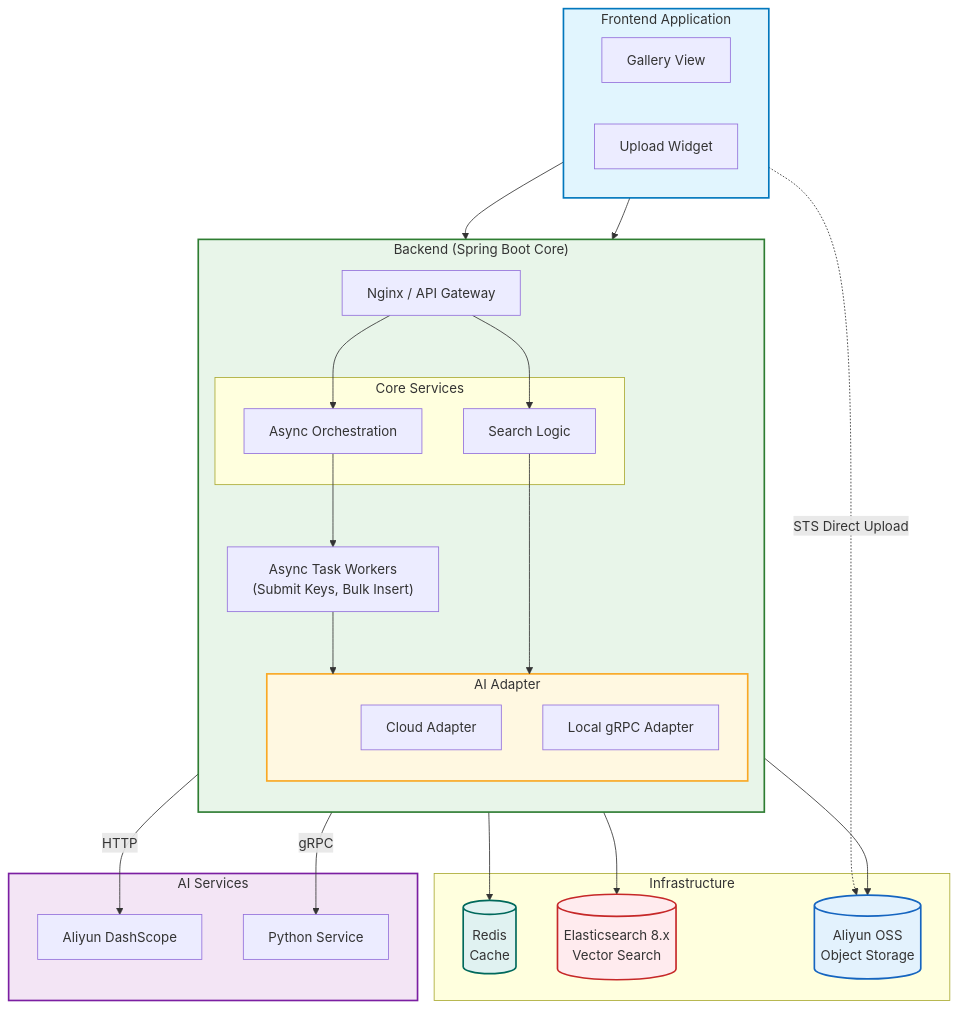
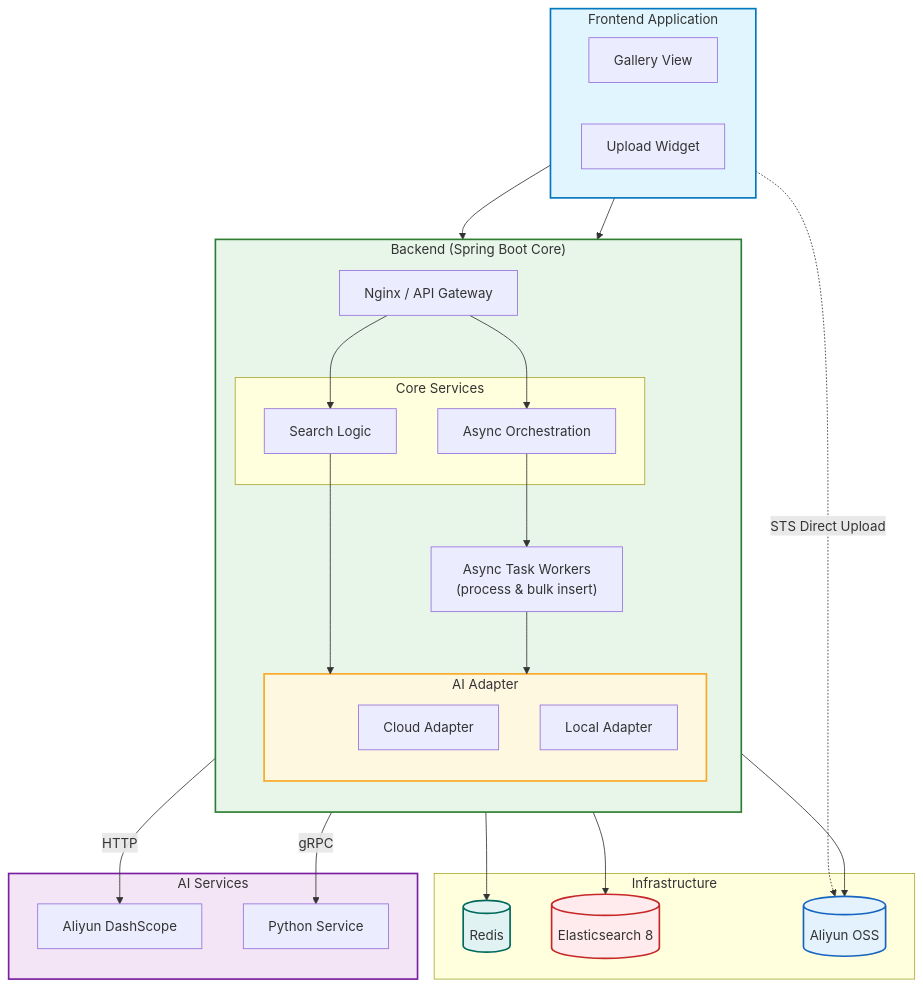
The diagram in README.md (ryanmeowy/smart-vision), drawn with Mermaid before and after one commit. The commit also changed other lines of this file and 1 other file, not shown here.

Commit message:
docs: Update the README document to improve the system architecture, core features, benchmark testing, and project structure descriptions, and add example configurations for environment variables.

````diff
--- a/README.md
+++ b/README.md
@@ -32,75 +16,75 @@
 ```mermaid
 graph TD
     %% Styles
     classDef front fill:#E1F5FE,stroke:#0277BD,stroke-width:2px;
     classDef back fill:#E8F5E9,stroke:#2E7D32,stroke-width:2px;
     classDef ai fill:#F3E5F5,stroke:#7B1FA2,stroke-width:2px;
     classDef infra fill:#fff,stroke:#333,stroke-width:2px,stroke-dasharray: 5 5;
     classDef db fill:#FFEBEE,stroke:#C62828,stroke-width:2px;
     classDef redis fill:#E0F2F1,stroke:#00695C,stroke-width:2px;
     classDef oss fill:#E3F2FD,stroke:#1565C0,stroke-width:2px;
     classDef yellow fill:#FFF8E1,stroke:#F9A825,stroke-width:2px;
 
     %% Layout
     subgraph Frontend_Layer [Frontend Application]
         direction LR
         Waterfall[Gallery View]
         Upload[Upload Widget]
     end
 
     subgraph Backend_Layer ["Backend (Spring Boot Core)"]
         direction TB
         Gateway[Nginx / API Gateway]
         
         subgraph Logic [Core Services]
             Orchestration[Async Orchestration]
             SearchLogic[Search Logic]
         end
 
-        Worker["Async Task Workers<br>(Submit Keys, Bulk Insert)"]
+        Worker["Async Task Workers<br>(process & bulk insert)"]
         
         subgraph Adapter [AI Adapter]
             CloudAdapt[Cloud Adapter]
-            LocalAdapt[Local gRPC Adapter]
+            LocalAdapt[Local Adapter]
         end
     end
 
     subgraph AI_Layer [AI Services]
         DashScope["Aliyun DashScope"]
         PythonSvc["Python Service"]
     end
 
     subgraph Infra_Layer [Infrastructure]
-        Redis[(Redis<br>Cache)]
-        ES[(Elasticsearch 8.x<br>Vector Search)]
-        OSS[(Aliyun OSS<br>Object Storage)]
+        Redis[(Redis)]
+        ES[(Elasticsearch 8)]
+        OSS[(Aliyun OSS)]
     end
 
     %% Connections
     Waterfall --> Gateway
     Upload --> Gateway
     Upload -.->|STS Direct Upload| OSS
 
     Gateway --> Orchestration
     Gateway --> SearchLogic
     
     Orchestration --> Worker
+    SearchLogic --> Adapter
     Worker --> Adapter
-    SearchLogic --> Adapter
 
     CloudAdapt -->|HTTP| DashScope
     LocalAdapt -->|gRPC| PythonSvc
 
     Adapter --> Redis
     Worker --> ES
     Worker --> OSS
 
     %% Apply Styles
     class Frontend_Layer front
     class Backend_Layer back
     class AI_Layer ai
     class Adapter yellow
     class Redis redis
     class ES db
     class OSS oss
 ```
````
